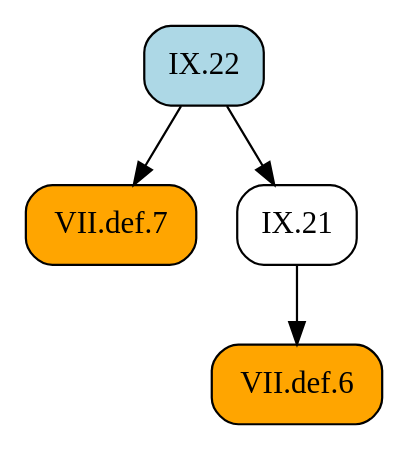
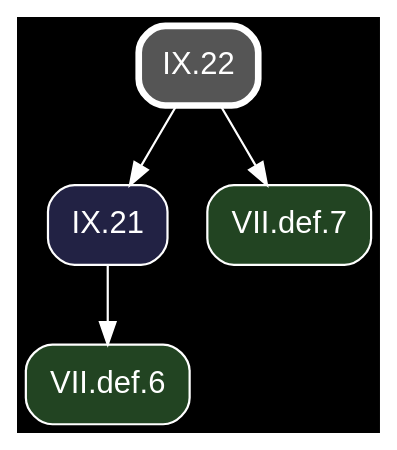
Before and after one commit to geometor/elements: the diagram in docsrc/heath/IX/22/index.rst, drawn with Graphviz. The commit also changed other lines of this file and 1200 other files, not shown here.

Commit message:
update dependency graphs

```diff
--- a/docsrc/heath/IX/22/index.rst
+++ b/docsrc/heath/IX/22/index.rst
@@ -30,13 +30,15 @@
 .. graphviz::
 
    digraph {
+     bgcolor="black";
+     node [shape=box, style="rounded,filled", fontname="Helvetica", color="white", fontcolor="white"];
+     edge [color="white", fontcolor="white"];
      rankdir="TB";
-     node [shape=box, style=rounded];
-     "VII.def.6" [style="rounded,filled", fillcolor=orange, URL="/heath/VII/def.6/", target="_top"];
-     "VII.def.7" [style="rounded,filled", fillcolor=orange, URL="/heath/VII/def.7/", target="_top"];
-     "IX.21" [URL="/heath/IX/21/", target="_top"];
-     "IX.22" [style="rounded,filled", fillcolor=lightblue, URL="/heath/IX/22/", target="_top"];
+     "IX.21" [fillcolor="#222244", URL="/heath/IX/21/", target="_top"];
+     "VII.def.7" [fillcolor="#224422", URL="/heath/VII/def.7/", target="_top"];
+     "IX.22" [penwidth=3, color="white", fillcolor="#555555", URL="/heath/IX/22/", target="_top"];
+     "VII.def.6" [fillcolor="#224422", URL="/heath/VII/def.6/", target="_top"];
+     "IX.22" -> "IX.21";
+     "IX.22" -> "VII.def.7";
      "IX.21" -> "VII.def.6";
-     "IX.22" -> "VII.def.7";
-     "IX.22" -> "IX.21";
    }
```
